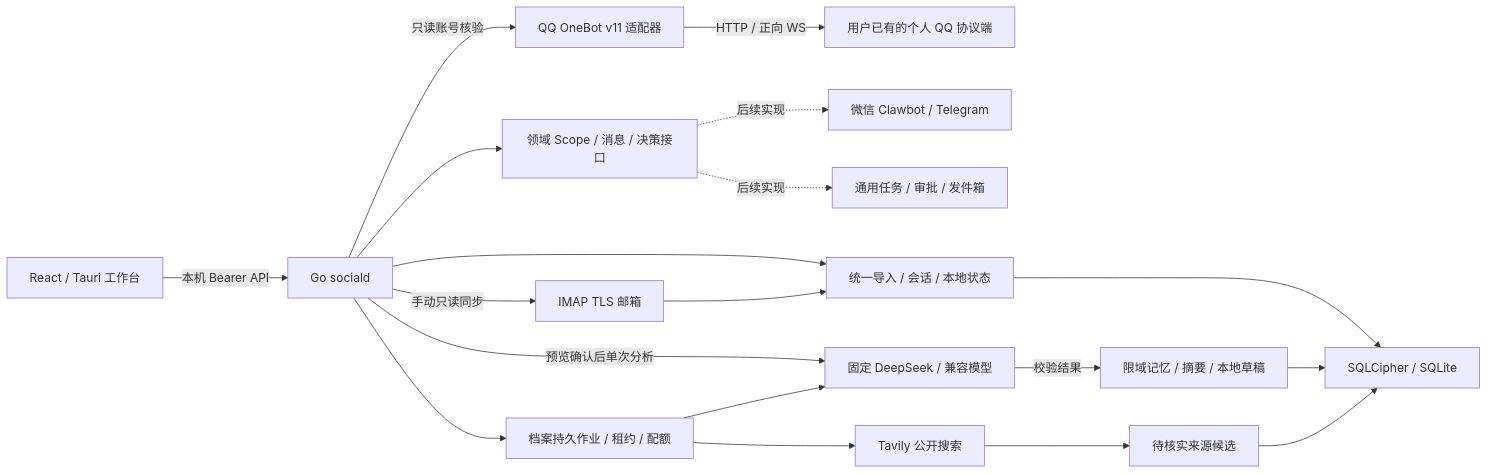
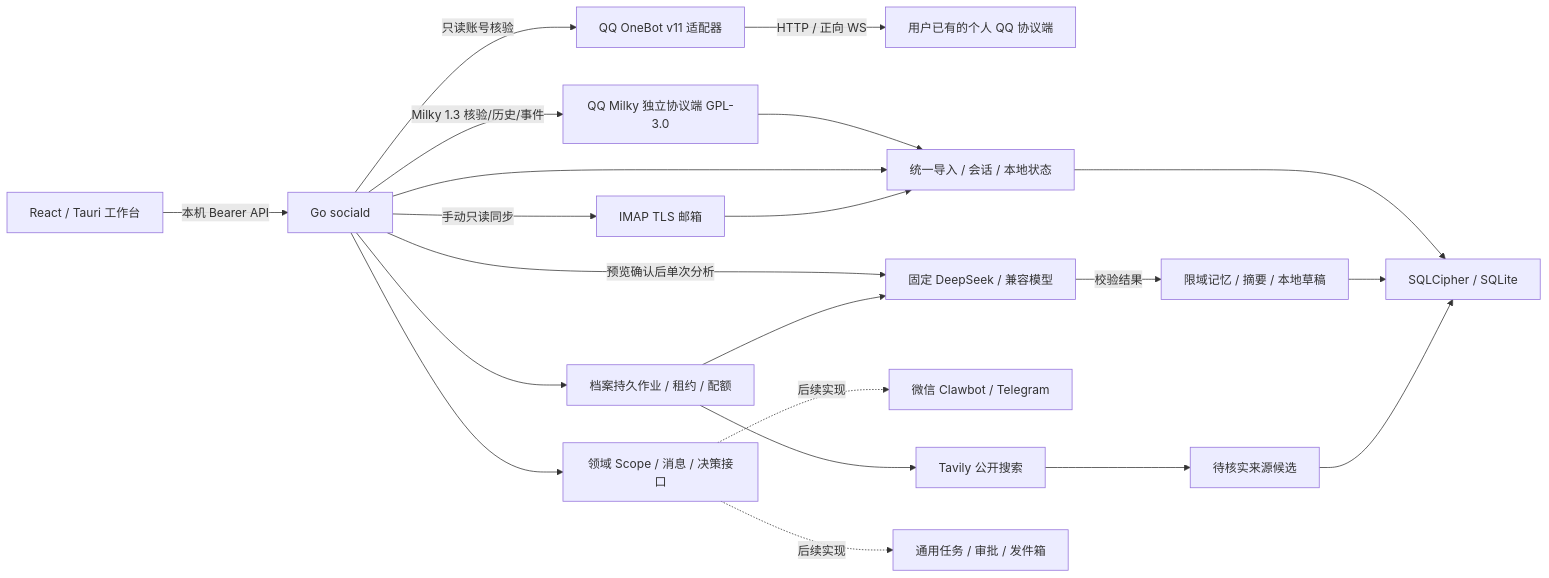
The diagram in README.md (qilinbro/msg-manager), drawn with Mermaid before and after one commit. The commit also changed other lines of this file and 30 other files, not shown here.

````diff
--- a/README.md
+++ b/README.md
@@ -86,21 +87,23 @@
 ```mermaid
 flowchart LR
     UI[React / Tauri 工作台] -->|本机 Bearer API| API[Go sociald]
     API -->|只读账号核验| QQ[QQ OneBot v11 适配器]
     QQ -->|HTTP / 正向 WS| PROVIDER[用户已有的个人 QQ 协议端]
+    API -->|Milky 1.3 核验/历史/事件| MILKY[QQ Milky 独立协议端 GPL-3.0]
+    MILKY --> INBOX
     API --> DOMAIN[领域 Scope / 消息 / 决策接口]
     API --> INBOX[统一导入 / 会话 / 本地状态]
     INBOX --> STORE[SQLCipher / SQLite]
     API -->|手动只读同步| EMAIL[IMAP TLS 邮箱]
     EMAIL --> INBOX
     API -->|预览确认后单次分析| AI[固定 DeepSeek / 兼容模型]
     AI -->|校验结果| MEMORY[限域记忆 / 摘要 / 本地草稿]
     MEMORY --> STORE
     DOMAIN -. 后续实现 .-> CONNECTOR[微信 Clawbot / Telegram]
     API --> JOBS[档案持久作业 / 租约 / 配额]
     JOBS --> AI
     JOBS --> SEARCH[Tavily 公开搜索]
     SEARCH --> CANDIDATE[待核实来源候选]
     CANDIDATE --> STORE
     DOMAIN -. 后续实现 .-> AGENT[通用任务 / 审批 / 发件箱]
 ```
````
